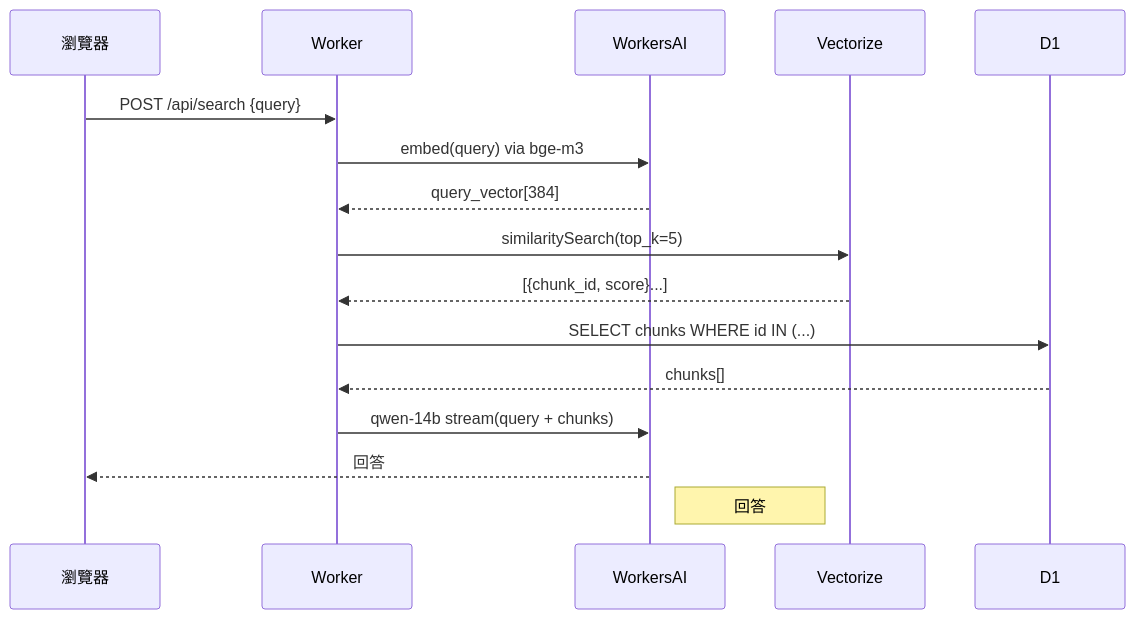
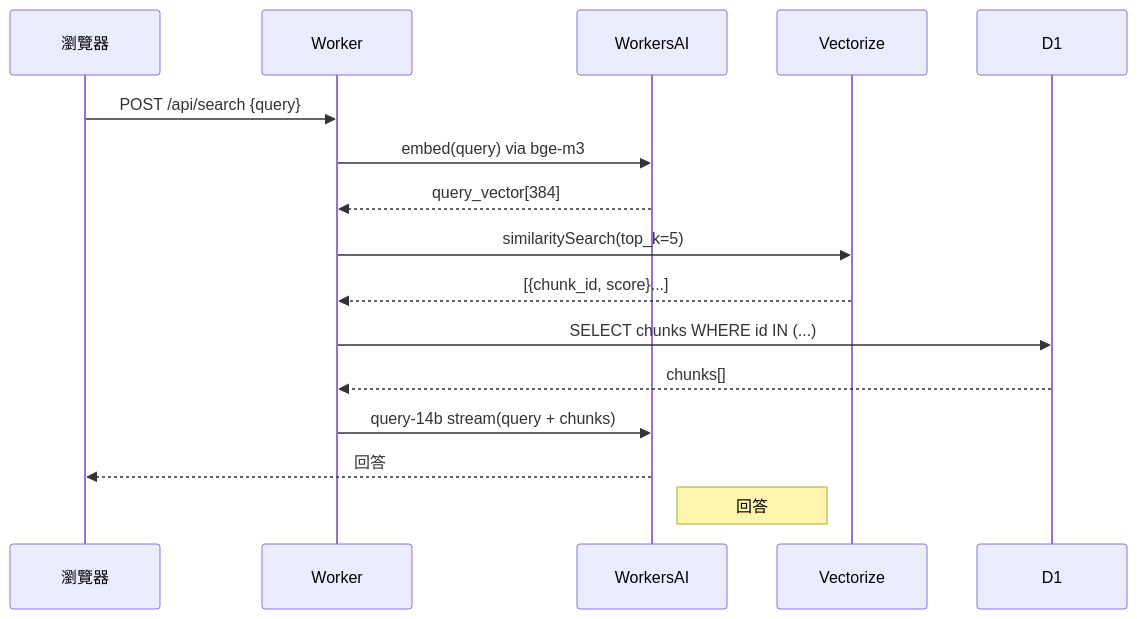
The second of 2 diagrams in src/content/posts/tech/_2026-04-20-this-blog-tooling.md (a920604a/engineernews), drawn with Mermaid before and after one commit. The commit also changed 6 other files, not shown here.

Commit message:
fix: auto-fix mermaid syntax errors in posts

````diff
--- a/src/content/posts/tech/_2026-04-20-this-blog-tooling.md
+++ b/src/content/posts/tech/_2026-04-20-this-blog-tooling.md
@@ -135,18 +135,18 @@
 ```mermaid
 sequenceDiagram
   participant 瀏覽器
   participant Worker
   participant WorkersAI
   participant Vectorize
   participant D1
   瀏覽器->>Worker: POST /api/search {query}
   Worker->>WorkersAI: embed(query) via bge-m3
   WorkersAI-->>Worker: query_vector[384]
   Worker->>Vectorize: similaritySearch(top_k=5)
   Vectorize-->>Worker: [{chunk_id, score}...]
   Worker->>D1: SELECT chunks WHERE id IN (...)
   D1-->>Worker: chunks[]
-  Worker->>WorkersAI: qwen-14b stream(query + chunks)
+  Worker->>WorkersAI: query-14b stream(query + chunks)
   WorkersAI-->>瀏覽器: 回答
   note right of WorkersAI: 回答
 ```
````
